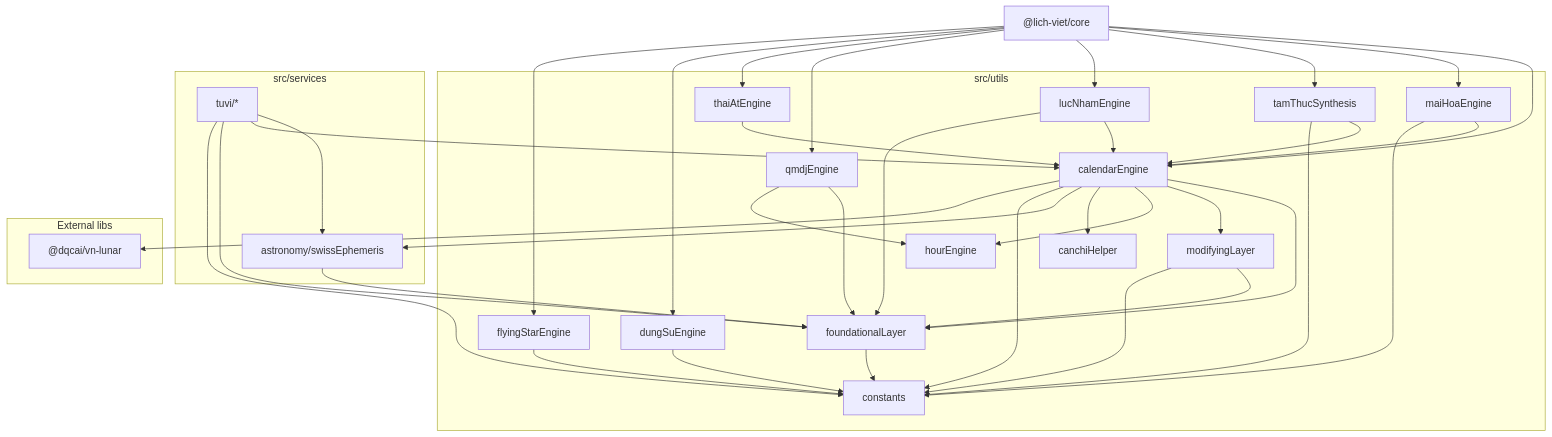
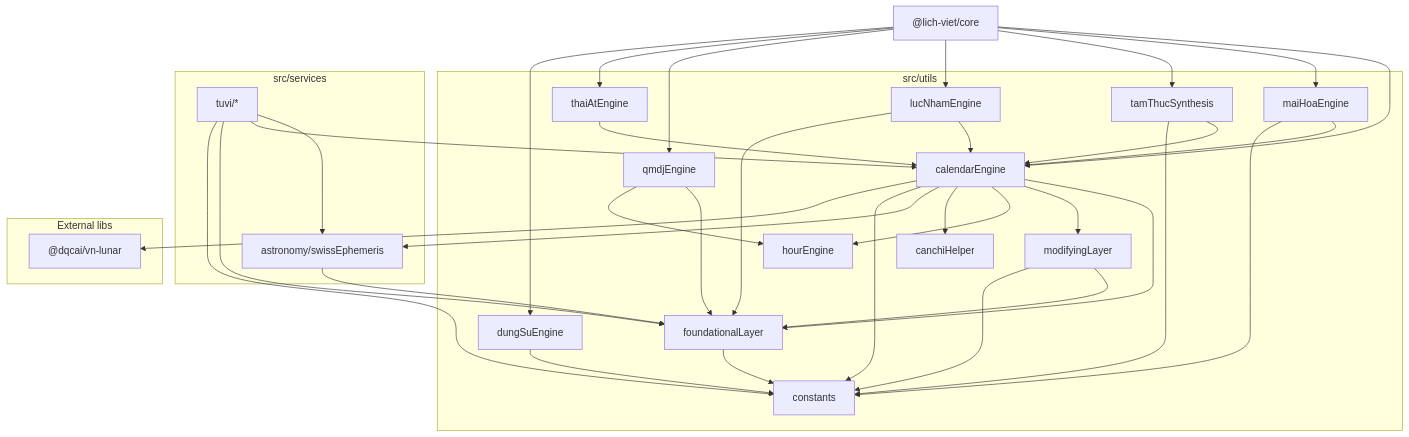
One commit to jakessteve/lich-viet-android changed the second of 2 diagrams in docs/tech/ARCHITECTURE.md. Above: the diagram before and after it, drawn with Mermaid. The commit also changed other lines of this file and 27 other files, not shown here.

````diff
--- a/docs/tech/ARCHITECTURE.md
+++ b/docs/tech/ARCHITECTURE.md
@@ -199,45 +191,43 @@
 ```mermaid
 graph TD
     Core["@lich-viet/core"]
 
     subgraph Utils["src/utils"]
         Cal["calendarEngine"]
         MaiHoa["maiHoaEngine"]
         TamThuc["tamThucSynthesis"]
         LucNham["lucNhamEngine"]
         QMDJ["qmdjEngine"]
         ThaiAt["thaiAtEngine"]
         DungSu["dungSuEngine"]
-        FlyingStar["flyingStarEngine"]
         Found["foundationalLayer"]
         Mod["modifyingLayer"]
         Hour["hourEngine"]
         CanChi["canchiHelper"]
         Const["constants"]
     end
 
     subgraph Services["src/services"]
         Swiss["astronomy/swissEphemeris"]
         TuVi["tuvi/*"]
     end
 
     subgraph External["External libs"]
         VnLunar["@dqcai/vn-lunar"]
     end
 
-    Core --> Cal & MaiHoa & TamThuc & LucNham & QMDJ & ThaiAt & DungSu & FlyingStar
+    Core --> Cal & MaiHoa & TamThuc & LucNham & QMDJ & ThaiAt & DungSu
 
     Cal --> Found & Mod & Hour & CanChi & Swiss & Const & VnLunar
     MaiHoa --> Cal & Const
     TamThuc --> Cal & Const
     LucNham --> Cal & Found
     QMDJ --> Found & Hour
     ThaiAt --> Cal
     DungSu --> Const
-    FlyingStar --> Const
     TuVi --> Swiss & Cal & Found & Const
     Swiss --> Found
 
     Found --> Const
     Mod --> Found & Const
 ```
````
